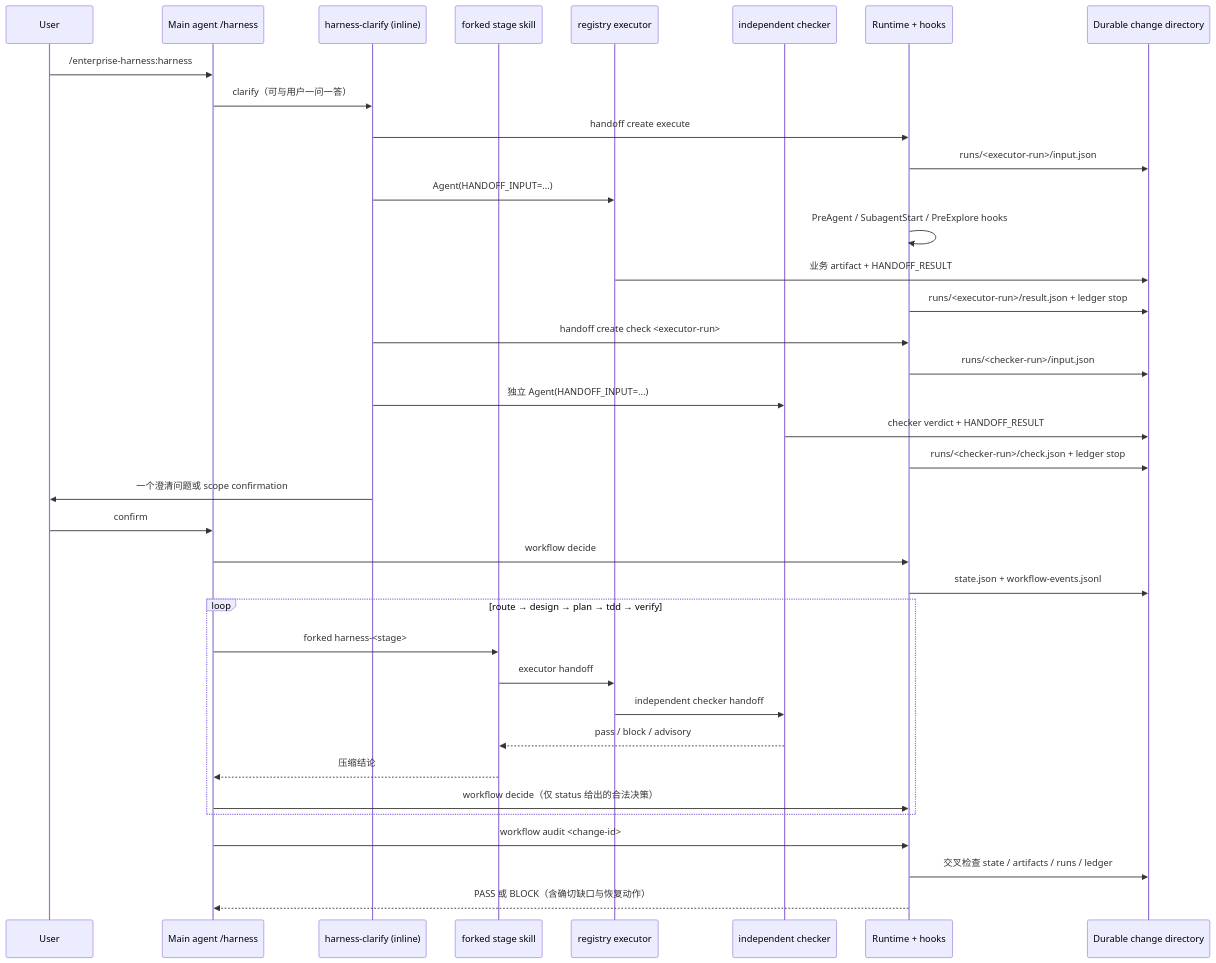
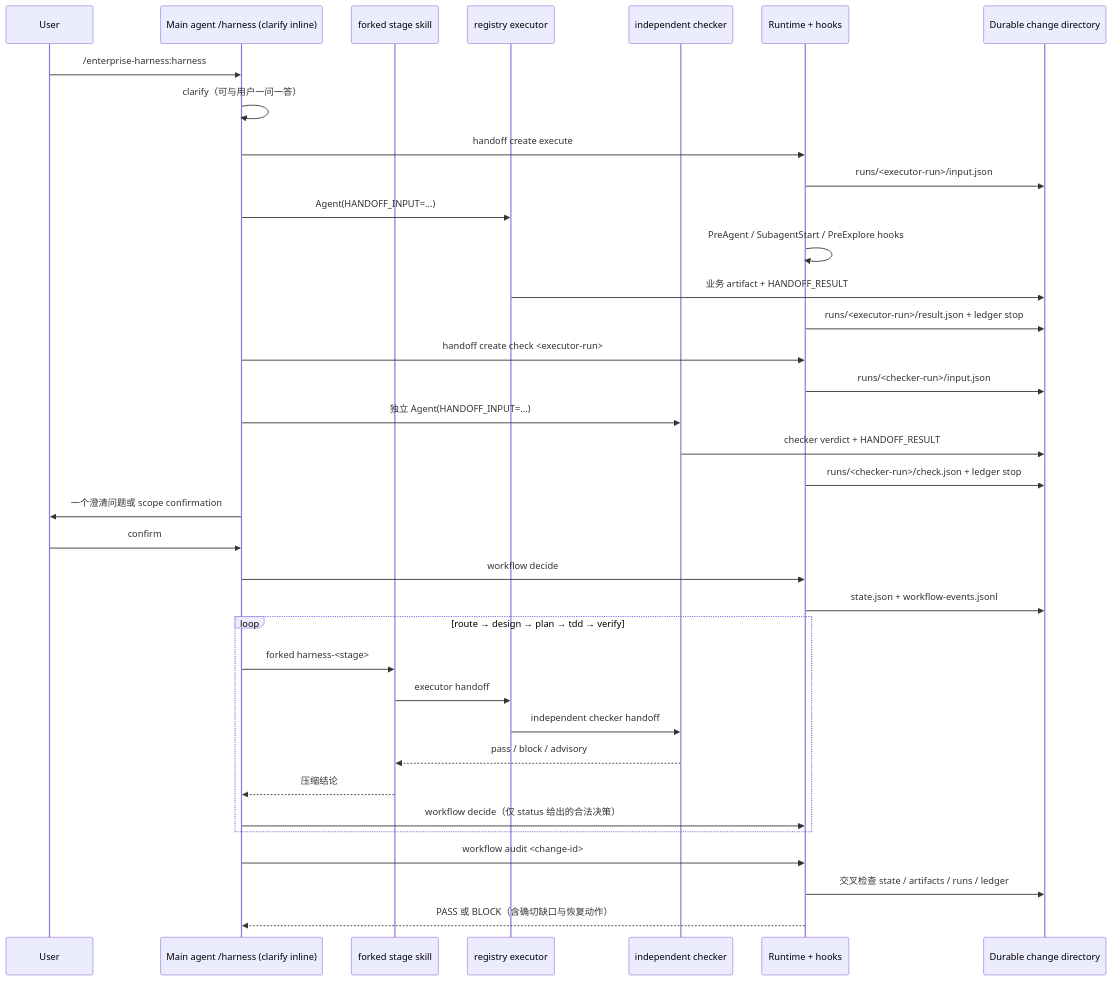
One commit to Emtemf/enterprise-harness changed the diagram in harness/specs/stage-observability.md. Above: the diagram before and after it, drawn with Mermaid. The commit also changed other lines of this file and 18 other files, not shown here.

First line of the commit message:
refactor: 合并 clarify 进 harness，删除独立 harness-clarify skill

````diff
--- a/harness/specs/stage-observability.md
+++ b/harness/specs/stage-observability.md
@@ -34,42 +34,41 @@
 ```mermaid
 sequenceDiagram
   participant U as User
-  participant M as Main agent /harness
-  participant C as harness-clarify (inline)
+  participant M as Main agent /harness (clarify inline)
   participant S as forked stage skill
   participant E as registry executor
   participant K as independent checker
   participant R as Runtime + hooks
   participant D as Durable change directory
 
   U->>M: /enterprise-harness:harness
-  M->>C: clarify（可与用户一问一答）
-  C->>R: handoff create execute
+  M->>M: clarify（可与用户一问一答）
+  M->>R: handoff create execute
   R->>D: runs/<executor-run>/input.json
-  C->>E: Agent(HANDOFF_INPUT=...)
+  M->>E: Agent(HANDOFF_INPUT=...)
   R->>R: PreAgent / SubagentStart / PreExplore hooks
   E->>D: 业务 artifact + HANDOFF_RESULT
   R->>D: runs/<executor-run>/result.json + ledger stop
-  C->>R: handoff create check <executor-run>
+  M->>R: handoff create check <executor-run>
   R->>D: runs/<checker-run>/input.json
-  C->>K: 独立 Agent(HANDOFF_INPUT=...)
+  M->>K: 独立 Agent(HANDOFF_INPUT=...)
   K->>D: checker verdict + HANDOFF_RESULT
   R->>D: runs/<checker-run>/check.json + ledger stop
-  C->>U: 一个澄清问题或 scope confirmation
+  M->>U: 一个澄清问题或 scope confirmation
   U->>M: confirm
   M->>R: workflow decide
   R->>D: state.json + workflow-events.jsonl
 
   loop route → design → plan → tdd → verify
     M->>S: forked harness-<stage>
     S->>E: executor handoff
     E->>K: independent checker handoff
     K-->>S: pass / block / advisory
     S-->>M: 压缩结论
     M->>R: workflow decide（仅 status 给出的合法决策）
   end
 
   M->>R: workflow audit <change-id>
   R->>D: 交叉检查 state / artifacts / runs / ledger
   R-->>M: PASS 或 BLOCK（含确切缺口与恢复动作）
 ```
````
